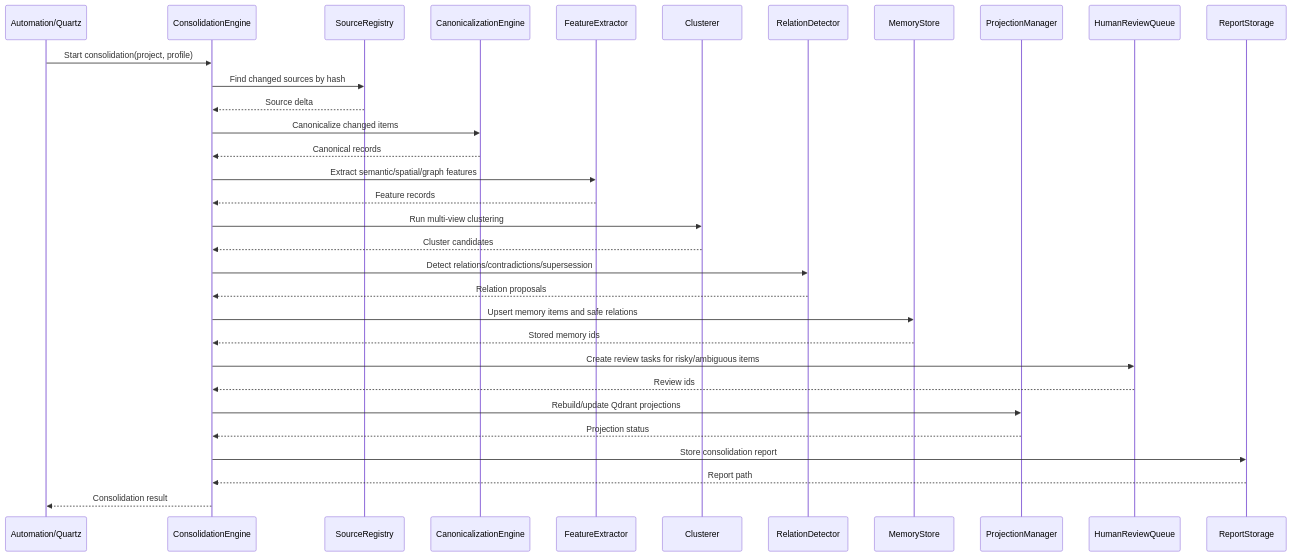
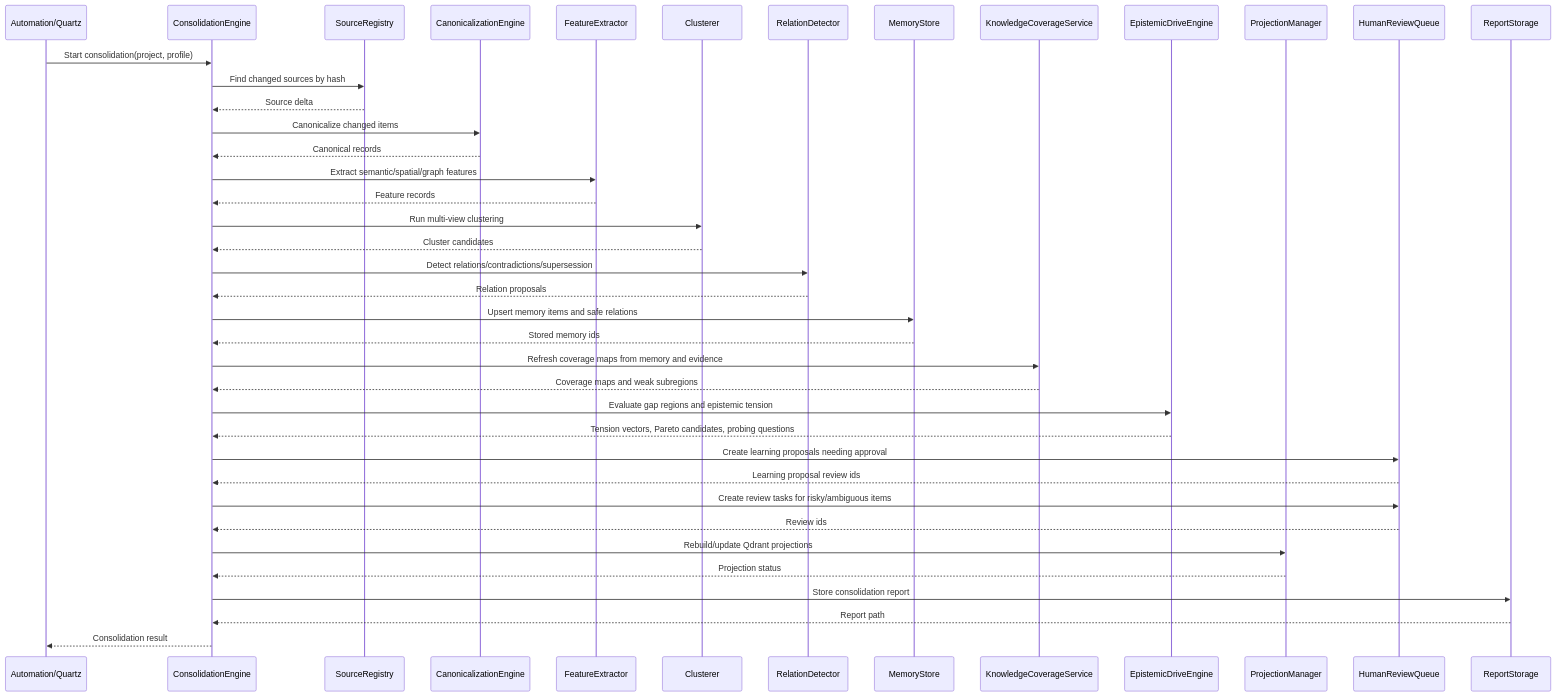
One commit to fyziktom/CanDoItAll changed the diagram in codex/bundles/cognitive-memory-architecture/diagrams/06-consolidation-sequence.mmd. Above: the diagram before and after it, drawn with Mermaid. The commit also changed 31 other files, not shown here.

Commit message:
improve architecture

```diff
--- a/codex/bundles/cognitive-memory-architecture/diagrams/06-consolidation-sequence.mmd
+++ b/codex/bundles/cognitive-memory-architecture/diagrams/06-consolidation-sequence.mmd
@@ -1,33 +1,41 @@
 sequenceDiagram
     participant Scheduler as Automation/Quartz
     participant Engine as ConsolidationEngine
     participant Sources as SourceRegistry
     participant Canon as CanonicalizationEngine
     participant Feature as FeatureExtractor
     participant Cluster as Clusterer
     participant Graph as RelationDetector
     participant Store as MemoryStore
+    participant Coverage as KnowledgeCoverageService
+    participant Drive as EpistemicDriveEngine
     participant Projection as ProjectionManager
     participant Review as HumanReviewQueue
     participant Report as ReportStorage
 
     Scheduler->>Engine: Start consolidation(project, profile)
     Engine->>Sources: Find changed sources by hash
     Sources-->>Engine: Source delta
     Engine->>Canon: Canonicalize changed items
     Canon-->>Engine: Canonical records
     Engine->>Feature: Extract semantic/spatial/graph features
     Feature-->>Engine: Feature records
     Engine->>Cluster: Run multi-view clustering
     Cluster-->>Engine: Cluster candidates
     Engine->>Graph: Detect relations/contradictions/supersession
     Graph-->>Engine: Relation proposals
     Engine->>Store: Upsert memory items and safe relations
     Store-->>Engine: Stored memory ids
+    Engine->>Coverage: Refresh coverage maps from memory and evidence
+    Coverage-->>Engine: Coverage maps and weak subregions
+    Engine->>Drive: Evaluate gap regions and epistemic tension
+    Drive-->>Engine: Tension vectors, Pareto candidates, probing questions
+    Engine->>Review: Create learning proposals needing approval
+    Review-->>Engine: Learning proposal review ids
     Engine->>Review: Create review tasks for risky/ambiguous items
     Review-->>Engine: Review ids
     Engine->>Projection: Rebuild/update Qdrant projections
     Projection-->>Engine: Projection status
     Engine->>Report: Store consolidation report
     Report-->>Engine: Report path
     Engine-->>Scheduler: Consolidation result
```
